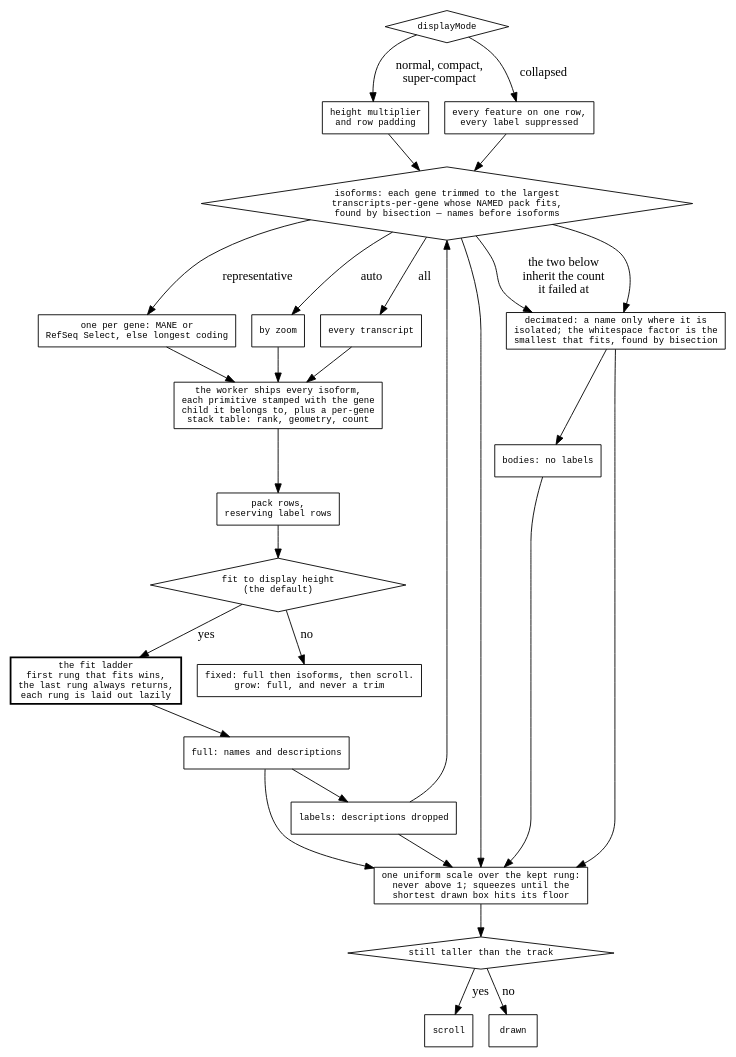
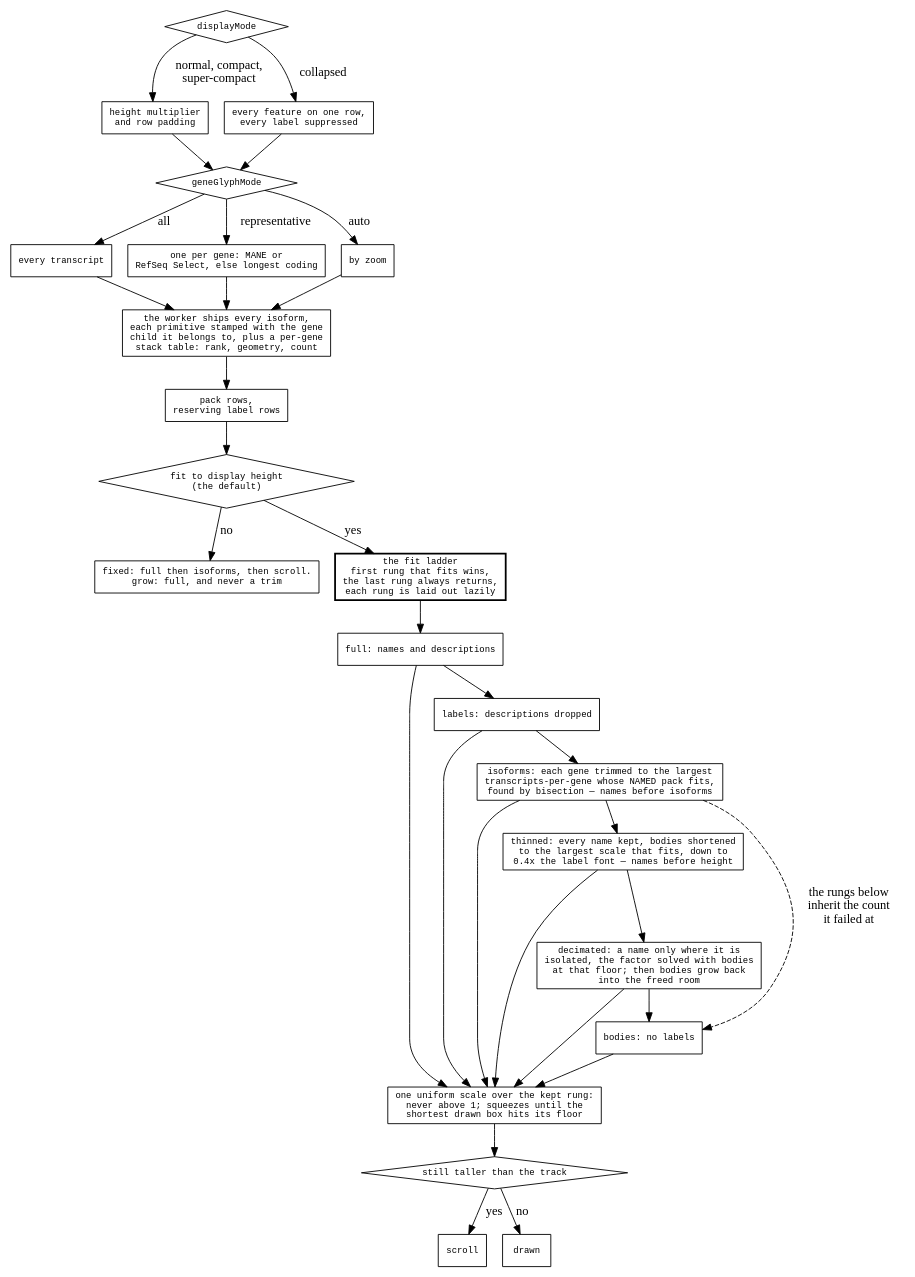
Before and after one commit to GMOD/jbrowse-components: the diagram in agent-docs/mechanisms/diagrams/feature-budget.dot, drawn with Graphviz. The commit also changed 2 other files, not shown here.

Commit message:
Decision-tree doc and diagram name the thinned rung and names-before-height
The diagram's geneGlyphMode diamond also stops sharing a node id with the
isoforms rung, which had given the diamond the rung's label.

```diff
--- a/agent-docs/mechanisms/diagrams/feature-budget.dot
+++ b/agent-docs/mechanisms/diagrams/feature-budget.dot
@@ -1,49 +1,50 @@
 digraph feature_budget {
   rankdir=TB
   node [shape=box fontname=monospace fontsize=10]
-  { node [shape=diamond] mode; isoforms; fits; over }
+  { node [shape=diamond] mode; glyphmode; fits; over }
 
   mode [label="displayMode"]
   mode -> sized     [label=" normal, compact,\n super-compact"]
   mode -> collapsed [label=" collapsed"]
   sized     [label="height multiplier\nand row padding"]
   collapsed [label="every feature on one row,\nevery label suppressed"]
 
-  isoforms [label="geneGlyphMode"]
-  sized -> isoforms  collapsed -> isoforms
-  isoforms -> allt [label=" all"]
-  isoforms -> one  [label=" representative"]
-  isoforms -> zoom [label=" auto"]
+  glyphmode [label="geneGlyphMode"]
+  sized -> glyphmode  collapsed -> glyphmode
+  glyphmode -> allt [label=" all"]
+  glyphmode -> one  [label=" representative"]
+  glyphmode -> zoom [label=" auto"]
   allt [label="every transcript"]
   one  [label="one per gene: MANE or\nRefSeq Select, else longest coding"]
   zoom [label="by zoom"]
 
   ship [label="the worker ships every isoform,\neach primitive stamped with the gene\nchild it belongs to, plus a per-gene\nstack table: rank, geometry, count"]
   allt -> ship  one -> ship  zoom -> ship
 
   pack [label="pack rows,\nreserving label rows"]
   ship -> pack -> fits
 
   fits [label="fit to display height\n(the default)"]
   fits -> plain  [label=" no"]
   fits -> ladder [label=" yes"]
   plain [label="fixed: full then isoforms, then scroll.\ngrow: full, and never a trim"]
 
   ladder [label="the fit ladder\nfirst rung that fits wins,\nthe last rung always returns,\neach rung is laid out lazily", style=bold]
-  ladder -> full -> labels -> isoforms -> decimated -> bodies
+  ladder -> full -> labels -> isoforms -> thinned -> decimated -> bodies
   full      [label="full: names and descriptions"]
   labels    [label="labels: descriptions dropped"]
   isoforms  [label="isoforms: each gene trimmed to the largest\ntranscripts-per-gene whose NAMED pack fits,\nfound by bisection — names before isoforms"]
-  decimated [label="decimated: a name only where it is\nisolated; the whitespace factor is the\nsmallest that fits, found by bisection"]
+  thinned   [label="thinned: every name kept, bodies shortened\nto the largest scale that fits, down to\n0.4x the label font — names before height"]
+  decimated [label="decimated: a name only where it is\nisolated, the factor solved with bodies\nat that floor; then bodies grow back\ninto the freed room"]
   bodies    [label="bodies: no labels"]
-  isoforms -> decimated [label=" the two below\n inherit the count\n it failed at"]
+  isoforms -> bodies [label=" the rungs below\n inherit the count\n it failed at" style=dashed]
 
   scale [label="one uniform scale over the kept rung:\nnever above 1; squeezes until the\nshortest drawn box hits its floor"]
-  full -> scale  labels -> scale  isoforms -> scale  decimated -> scale  bodies -> scale
+  full -> scale  labels -> scale  isoforms -> scale  thinned -> scale  decimated -> scale  bodies -> scale
   scale -> over
   over [label="still taller than the track"]
   over -> scroll [label=" yes"]
   over -> done   [label=" no"]
   scroll [label="scroll"]
   done   [label="drawn"]
 }
```
